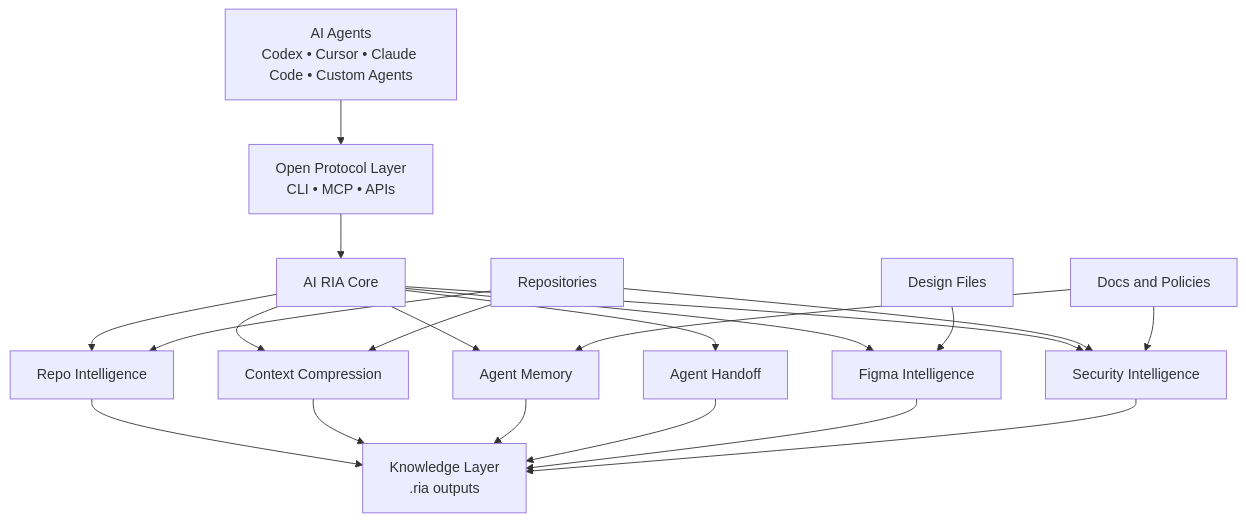
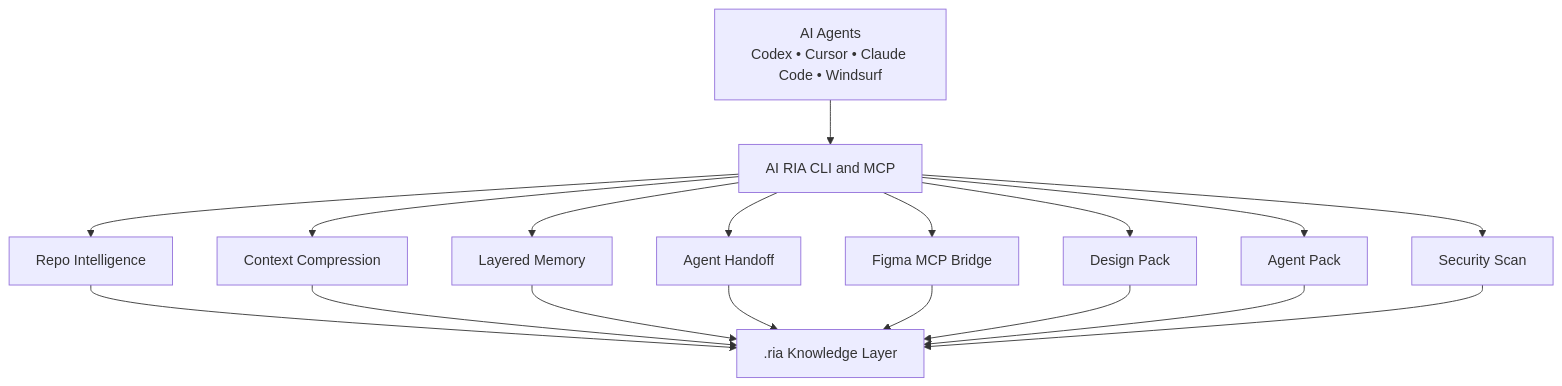
The diagram in README.md (maribostashvili-93/AI-ria-), drawn with Mermaid before and after one commit. The commit also changed other lines of this file, not shown here.

Commit message:
Rewrite README for agent intelligence workflow

````diff
--- a/README.md
+++ b/README.md
@@ -64,36 +69,32 @@
 ```mermaid
 flowchart TD
-    A[AI Agents<br/>Codex • Cursor • Claude Code • Custom Agents]
-    B[Open Protocol Layer<br/>CLI • MCP • APIs]
-    C[AI RIA Core]
-    D[Repo Intelligence]
-    E[Context Compression]
-    F[Agent Memory]
-    G[Agent Handoff]
-    H[Figma Intelligence]
-    I[Security Intelligence]
-    J[Knowledge Layer<br/>.ria outputs]
-    K[Repositories]
-    L[Design Files]
-    M[Docs and Policies]
+    A[AI Agents<br/>Codex • Cursor • Claude Code • Windsurf]
+    B[AI RIA CLI and MCP]
+    C[Repo Intelligence]
+    D[Context Compression]
+    E[Layered Memory]
+    F[Agent Handoff]
+    G[Figma MCP Bridge]
+    H[Design Pack]
+    I[Agent Pack]
+    J[Security Scan]
+    K[.ria Knowledge Layer]
 
-    A --> B --> C
-    C --> D
-    C --> E
-    C --> F
-    C --> G
-    C --> H
-    C --> I
-    D --> J
-    E --> J
-    F --> J
-    G --> J
-    H --> J
-    I --> J
-    K --> D
-    K --> E
-    K --> I
-    L --> H
-    M --> F
-    M --> I
+    A --> B
+    B --> C
+    B --> D
+    B --> E
+    B --> F
+    B --> G
+    B --> H
+    B --> I
+    B --> J
+    C --> K
+    D --> K
+    E --> K
+    F --> K
+    G --> K
+    H --> K
+    I --> K
+    J --> K
 ```
````
